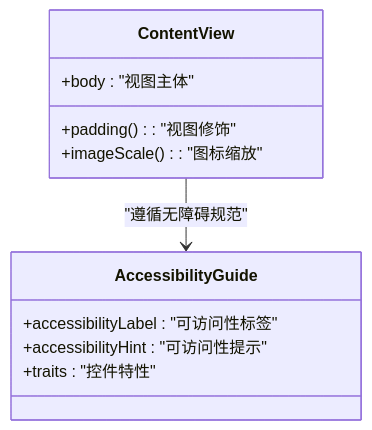
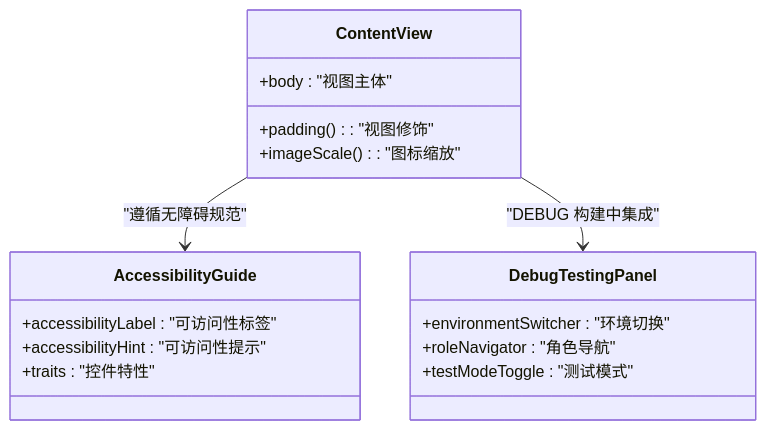
Before and after one commit to Jayden23018/blind-run-ios: the fourth of 8 diagrams in .qoder/repowiki/zh/content/开发指南/调试与性能优化.md, drawn with Mermaid. The commit also changed other lines of this file and 24 other files, not shown here.

````diff
--- a/.qoder/repowiki/zh/content/开发指南/调试与性能优化.md
+++ b/.qoder/repowiki/zh/content/开发指南/调试与性能优化.md
@@ -147,14 +175,20 @@
 ```mermaid
 classDiagram
 class ContentView {
 +body : "视图主体"
 +padding() : "视图修饰"
 +imageScale() : "图标缩放"
 }
 class AccessibilityGuide {
 +accessibilityLabel : "可访问性标签"
 +accessibilityHint : "可访问性提示"
 +traits : "控件特性"
 }
+class DebugTestingPanel {
++environmentSwitcher : "环境切换"
++roleNavigator : "角色导航"
++testModeToggle : "测试模式"
+}
 ContentView --> AccessibilityGuide : "遵循无障碍规范"
+ContentView --> DebugTestingPanel : "DEBUG 构建中集成"
 ```
````
